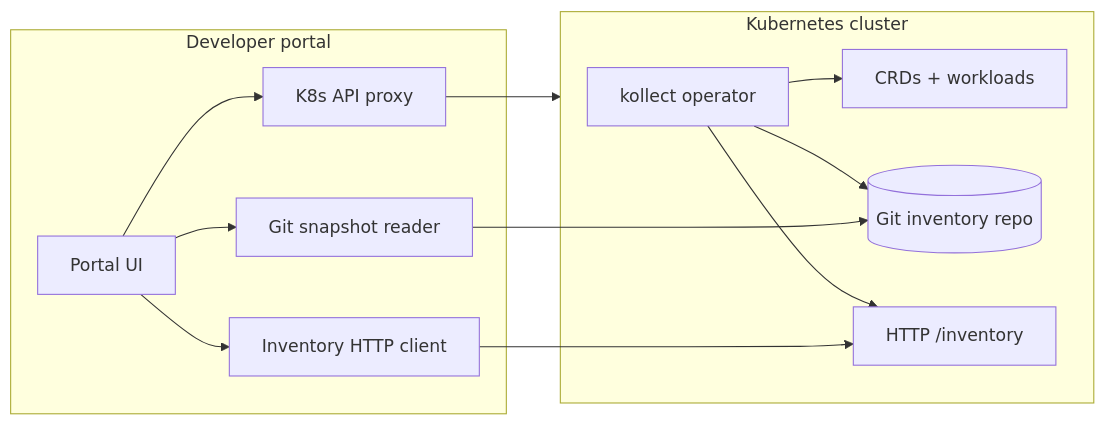
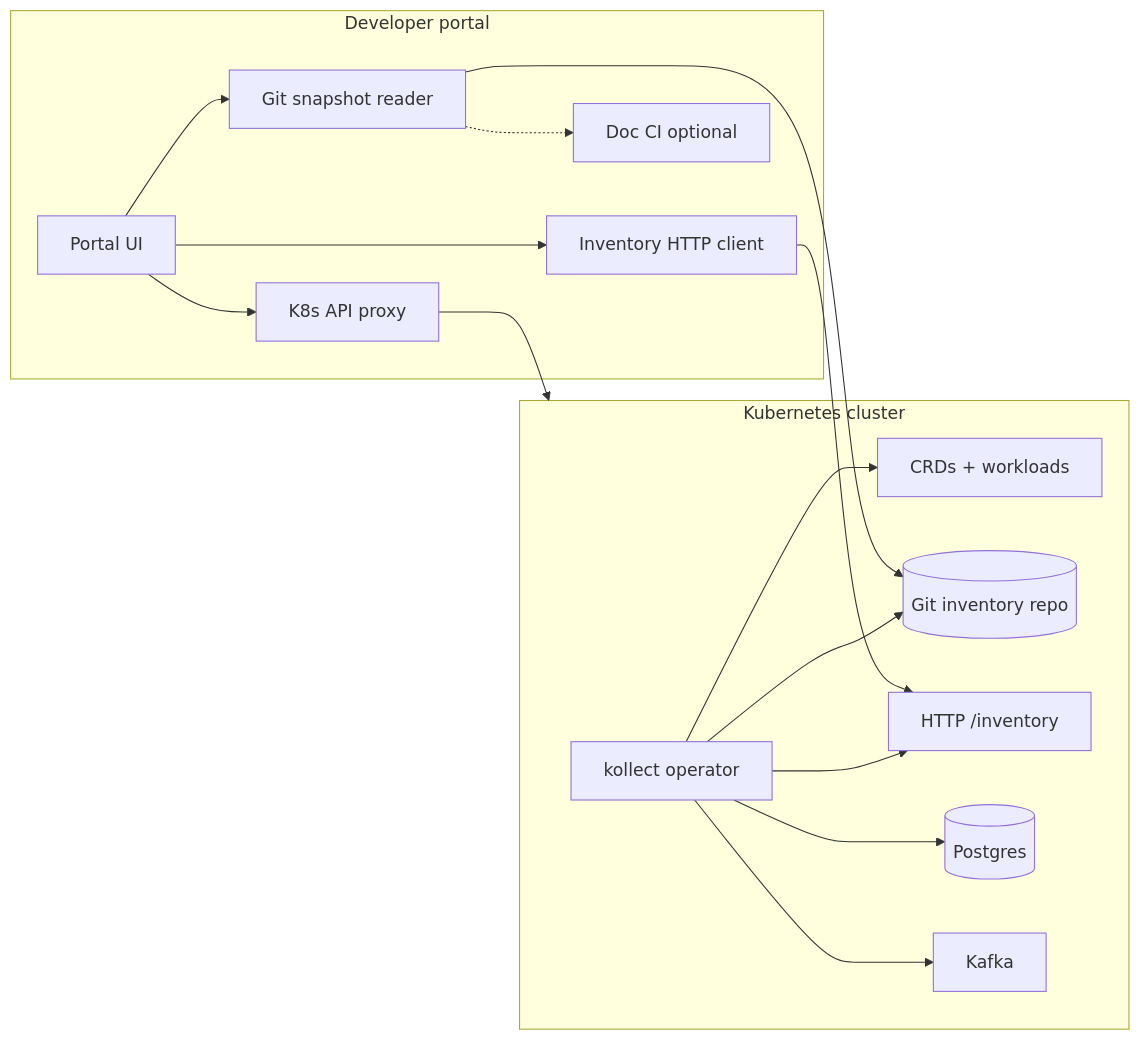
One commit to konih/kollect changed the fifth of 5 diagrams in docs/ARCHITECTURE.md. Above: the diagram before and after it, drawn with Mermaid. The commit also changed other lines of this file and 17 other files, not shown here.

````diff
--- a/docs/ARCHITECTURE.md
+++ b/docs/ARCHITECTURE.md
@@ -146,24 +145,28 @@
 ```mermaid
 flowchart LR
   subgraph cluster [Kubernetes cluster]
     Op[kollect operator]
     CRs[CRDs + workloads]
     Op --> CRs
     Op --> Git[(Git inventory repo)]
     Op --> APIHTTP[HTTP /inventory]
+    Op --> DB[(Postgres)]
+    Op --> KF[Kafka]
   end
 
   subgraph portal [Developer portal]
     UI[Portal UI]
     K8sAPI[K8s API proxy]
     GitRO[Git snapshot reader]
     InvAPI[Inventory HTTP client]
+    CI[Doc CI optional]
   end
 
   UI --> K8sAPI
   UI --> GitRO
   UI --> InvAPI
   K8sAPI --> cluster
   GitRO --> Git
   InvAPI --> APIHTTP
+  GitRO -.-> CI
 ```
````
